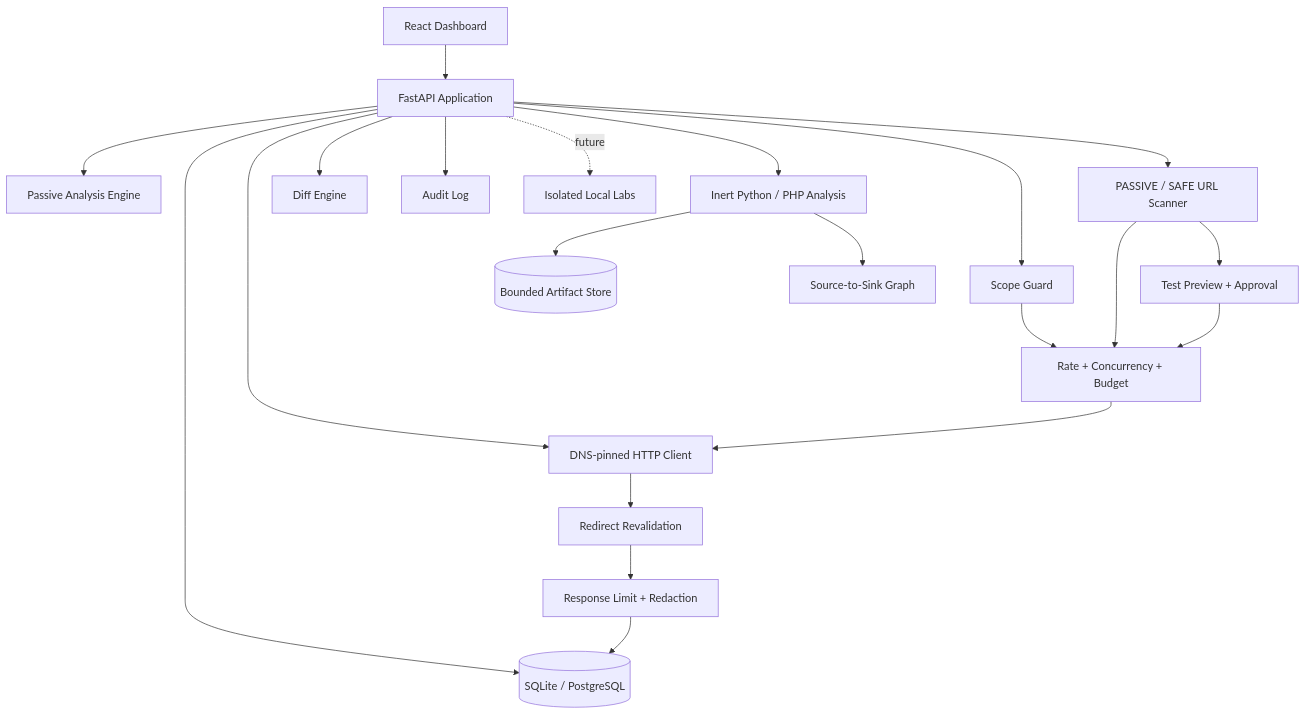
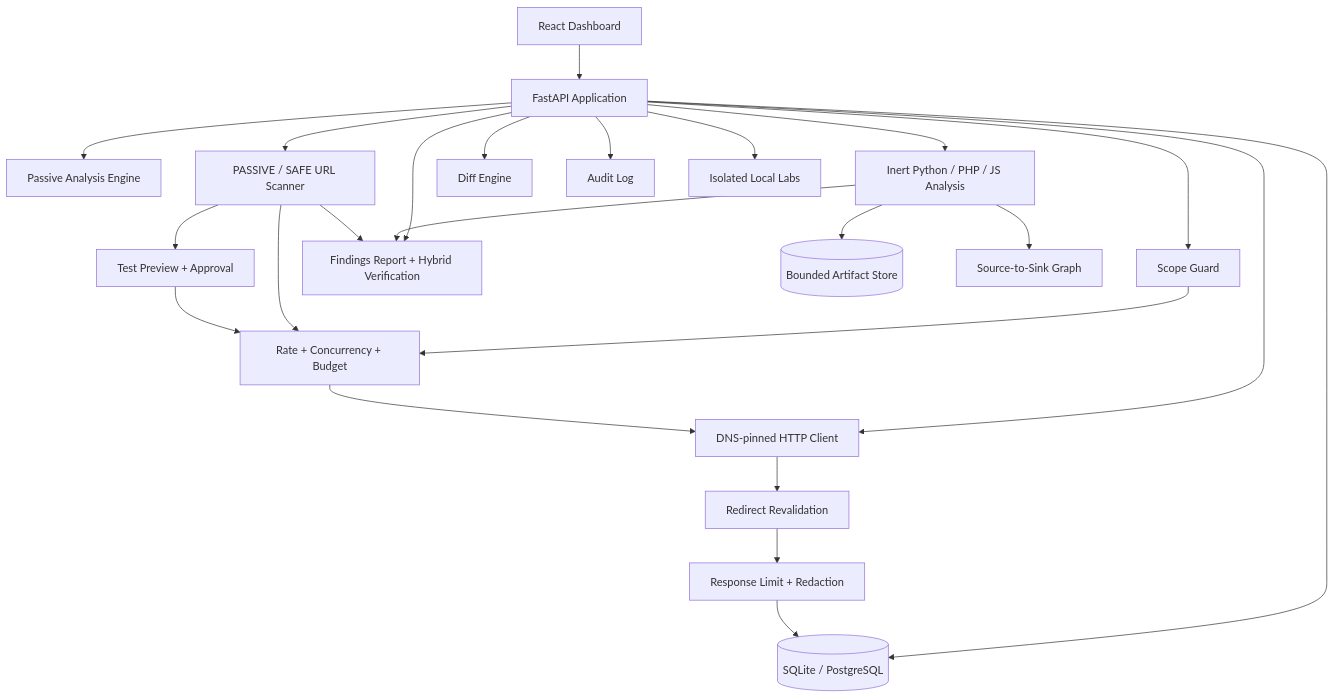
Before and after one commit to MintKangaroo/WebHacking_Lab: the first of 2 diagrams in README.md, drawn with Mermaid. The commit also changed other lines of this file, not shown here.

First line of the commit message:
docs(readme): sync feature list, API index, and architecture with current build

````diff
--- a/README.md
+++ b/README.md
@@ -196,23 +198,26 @@
 ```mermaid
 flowchart TD
     UI[React Dashboard] --> API[FastAPI Application]
     API --> SG[Scope Guard]
     API --> HC[DNS-pinned HTTP Client]
     API --> AN[Passive Analysis Engine]
     API --> SC[PASSIVE / SAFE URL Scanner]
-    API --> SA[Inert Python / PHP Analysis]
+    API --> SA[Inert Python / PHP / JS Analysis]
     SC --> TP[Test Preview + Approval]
     API --> DF[Diff Engine]
+    API --> RP[Findings Report + Hybrid Verification]
     API --> AU[Audit Log]
     API --> DB[(SQLite / PostgreSQL)]
     SG --> RL[Rate + Concurrency + Budget]
     RL --> HC
     SC --> RL
     TP --> RL
     SA --> AS[(Bounded Artifact Store)]
     SA --> TG[Source-to-Sink Graph]
+    SA --> RP
+    SC --> RP
     HC --> RG[Redirect Revalidation]
     RG --> RD[Response Limit + Redaction]
     RD --> DB
-    API -. future .-> LAB[Isolated Local Labs]
+    API --> LAB[Isolated Local Labs]
 ```
````
